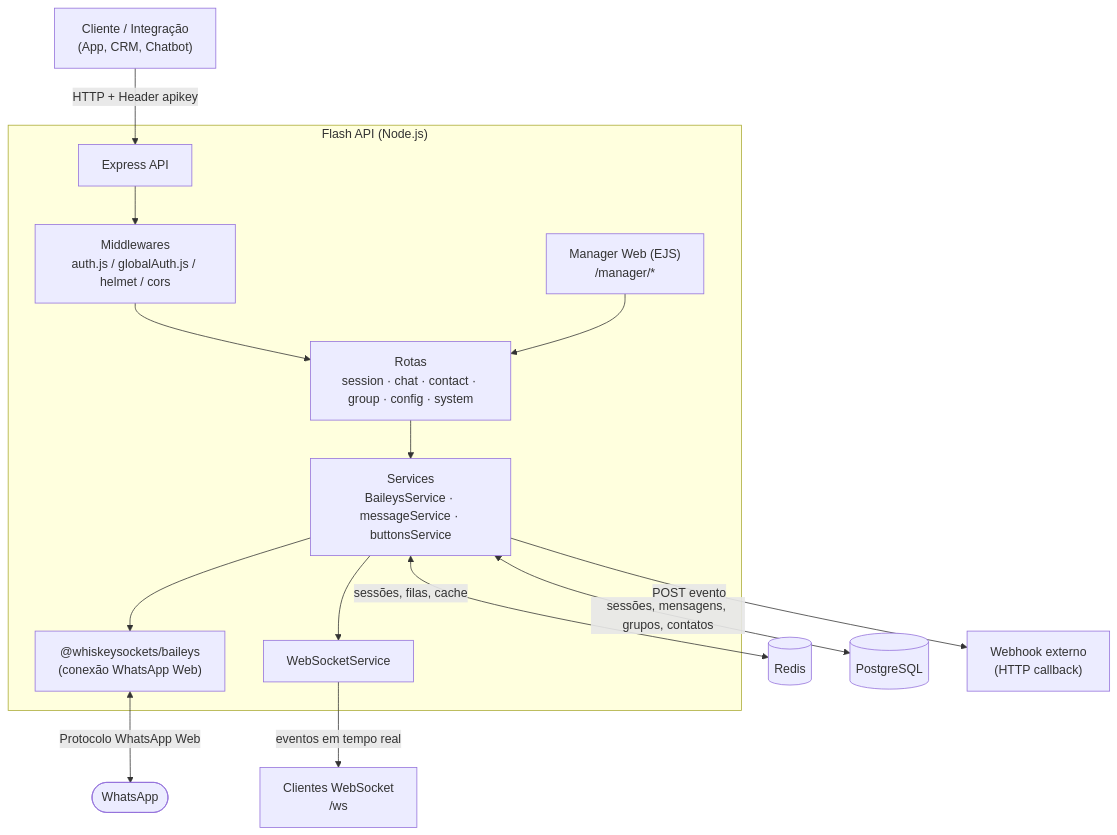
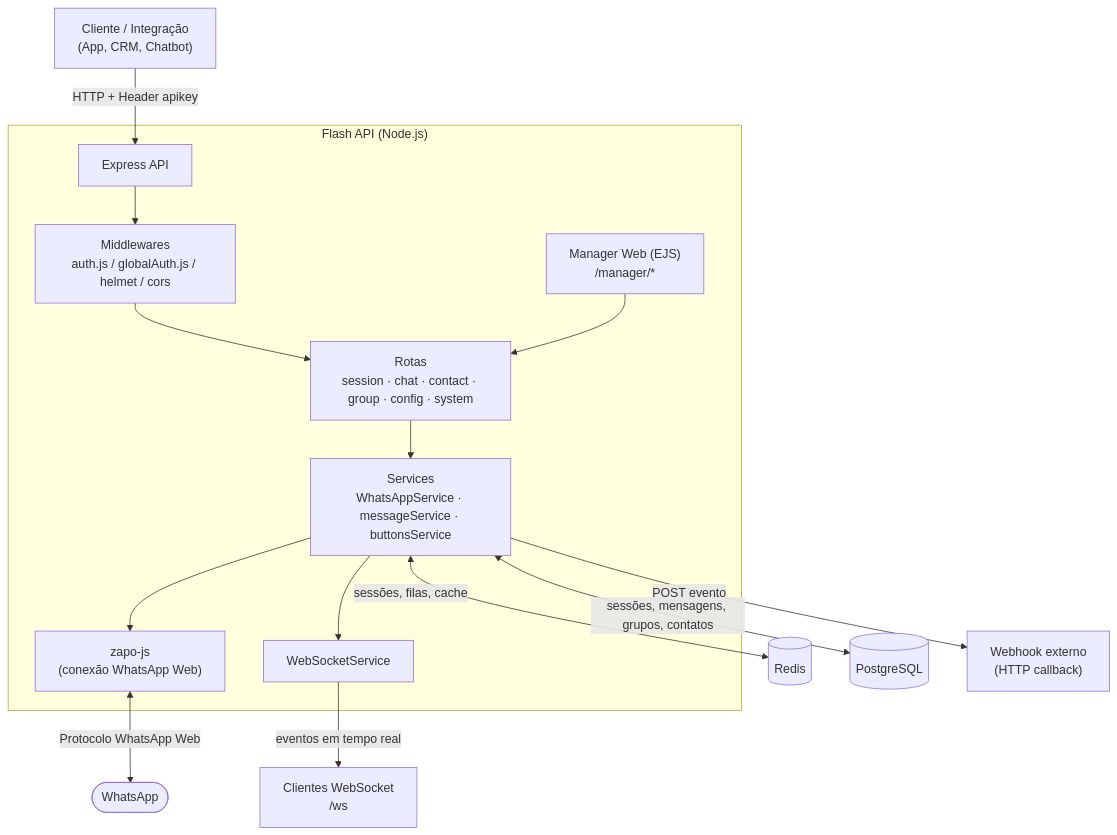
Before and after one commit to clsshbr2/FlashApi: the first of 2 diagrams in README.md, drawn with Mermaid. The commit also changed other lines of this file and 47 other files, not shown here.

First line of the commit message:
Remove a Baileys por completo: API usa somente a zapo-js

````diff
--- a/README.md
+++ b/README.md
@@ -105,20 +105,20 @@
 ```mermaid
 flowchart TB
     Client["Cliente / Integração<br/>(App, CRM, Chatbot)"] -->|HTTP + Header apikey| API[Express API]
 
     subgraph FlashAPI["Flash API (Node.js)"]
         API --> MW["Middlewares<br/>auth.js / globalAuth.js / helmet / cors"]
         MW --> Routes["Rotas<br/>session · chat · contact · group · config · system"]
-        Routes --> Services["Services<br/>BaileysService · messageService · buttonsService"]
-        Services --> Baileys["@whiskeysockets/baileys<br/>(conexão WhatsApp Web)"]
+        Routes --> Services["Services<br/>WhatsAppService · messageService · buttonsService"]
+        Services --> Zapo["zapo-js<br/>(conexão WhatsApp Web)"]
         Services --> WSService["WebSocketService"]
         Manager["Manager Web (EJS)<br/>/manager/*"] --> Routes
     end
 
     Services <-->|sessões, filas, cache| Redis[(Redis)]
     Services <-->|sessões, mensagens, grupos, contatos| Postgres[(PostgreSQL)]
 
     WSService -->|eventos em tempo real| WSClients["Clientes WebSocket<br/>/ws"]
     Services -->|POST evento| Webhook["Webhook externo<br/>(HTTP callback)"]
-    Baileys <-->|Protocolo WhatsApp Web| WhatsApp(["WhatsApp"])
+    Zapo <-->|Protocolo WhatsApp Web| WhatsApp(["WhatsApp"])
 ```
````
